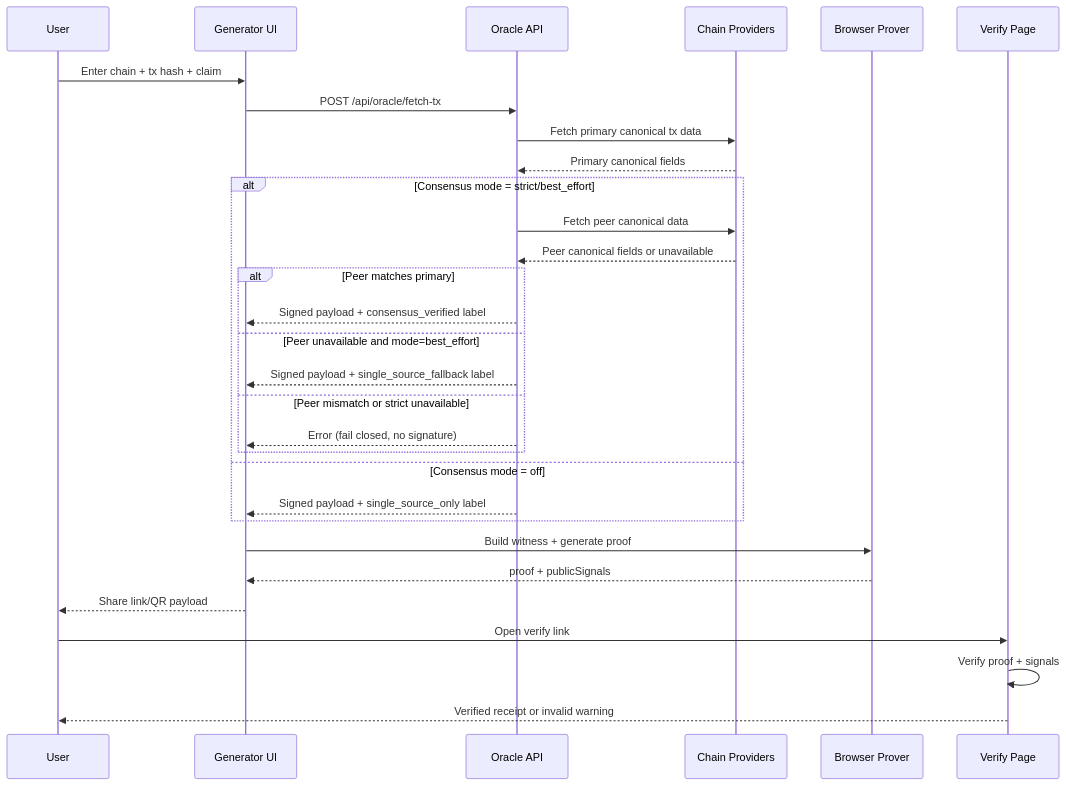
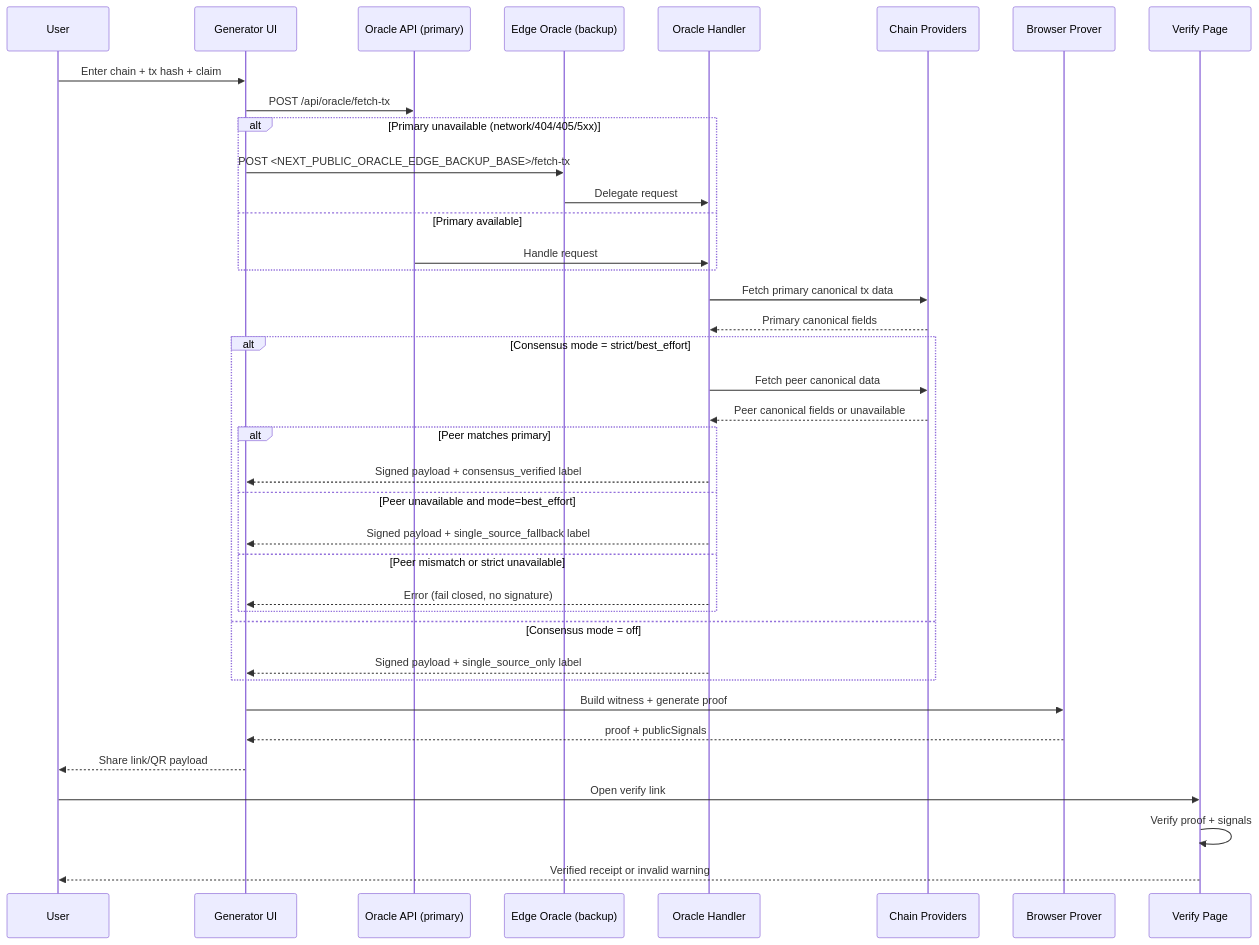
One commit to Teycir/Ghostreceipt changed the second of 2 diagrams in README.md. Above: the diagram before and after it, drawn with Mermaid. The commit also changed other lines of this file and 17 other files, not shown here.

Commit message:
docs(oracle): document client-primary edge-backup fail-safe architecture

````diff
--- a/README.md
+++ b/README.md
@@ -165,33 +169,41 @@
 ```mermaid
 sequenceDiagram
     participant User
     participant UI as Generator UI
-    participant Oracle as Oracle API
+    participant OraclePrimary as Oracle API (primary)
+    participant OracleBackup as Edge Oracle (backup)
+    participant Oracle as Oracle Handler
     participant Providers as Chain Providers
     participant ZK as Browser Prover
     participant Verify as Verify Page
 
     User->>UI: Enter chain + tx hash + claim
-    UI->>Oracle: POST /api/oracle/fetch-tx
+    UI->>OraclePrimary: POST /api/oracle/fetch-tx
+    alt Primary unavailable (network/404/405/5xx)
+      UI->>OracleBackup: POST <NEXT_PUBLIC_ORACLE_EDGE_BACKUP_BASE>/fetch-tx
+      OracleBackup->>Oracle: Delegate request
+    else Primary available
+      OraclePrimary->>Oracle: Handle request
+    end
     Oracle->>Providers: Fetch primary canonical tx data
     Providers-->>Oracle: Primary canonical fields
     alt Consensus mode = strict/best_effort
       Oracle->>Providers: Fetch peer canonical data
       Providers-->>Oracle: Peer canonical fields or unavailable
       alt Peer matches primary
         Oracle-->>UI: Signed payload + consensus_verified label
       else Peer unavailable and mode=best_effort
         Oracle-->>UI: Signed payload + single_source_fallback label
       else Peer mismatch or strict unavailable
         Oracle-->>UI: Error (fail closed, no signature)
       end
     else Consensus mode = off
       Oracle-->>UI: Signed payload + single_source_only label
     end
     UI->>ZK: Build witness + generate proof
     ZK-->>UI: proof + publicSignals
     UI-->>User: Share link/QR payload
     User->>Verify: Open verify link
     Verify->>Verify: Verify proof + signals
     Verify-->>User: Verified receipt or invalid warning
 ```
````
